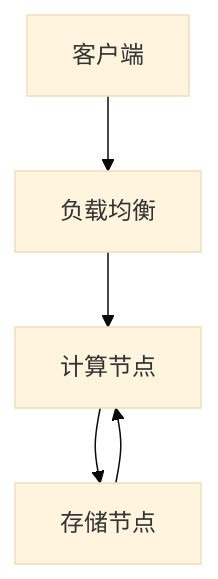
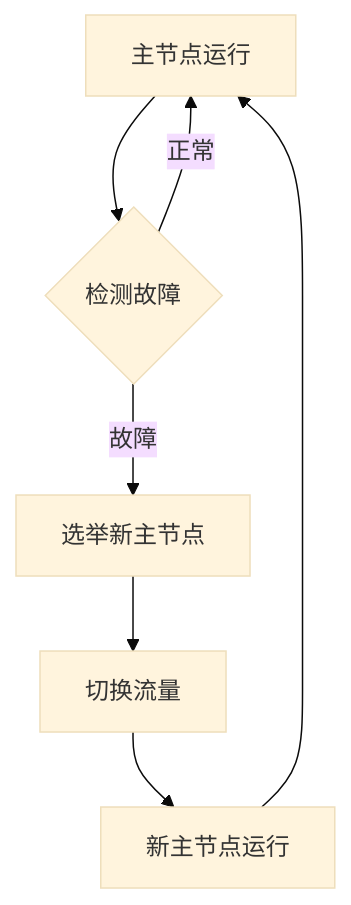
Before and after one commit to AdaMartin18010/Data-Science: the ninth of 12 diagrams in Analysis/1-数据库系统/1.4-NewSQL/1.4.2-系统架构.md, drawn with Mermaid (base theme). The commit also changed other lines of this file and 338 other files, not shown here.

````diff
--- a/Analysis/1-数据库系统/1.4-NewSQL/1.4.2-系统架构.md
+++ b/Analysis/1-数据库系统/1.4-NewSQL/1.4.2-系统架构.md
@@ -23,6 +485,9 @@
 ```mermaid
 flowchart TD
-  C[客户端] --> LB[负载均衡] --> CN[计算节点]
-  CN --> SN[存储节点]
-  SN --> CN
+    A[主节点运行] --> B{检测故障}
+    B -->|正常| A
+    B -->|故障| C[选举新主节点]
+    C --> D[切换流量]
+    D --> E[新主节点运行]
+    E --> A
 ```
````
